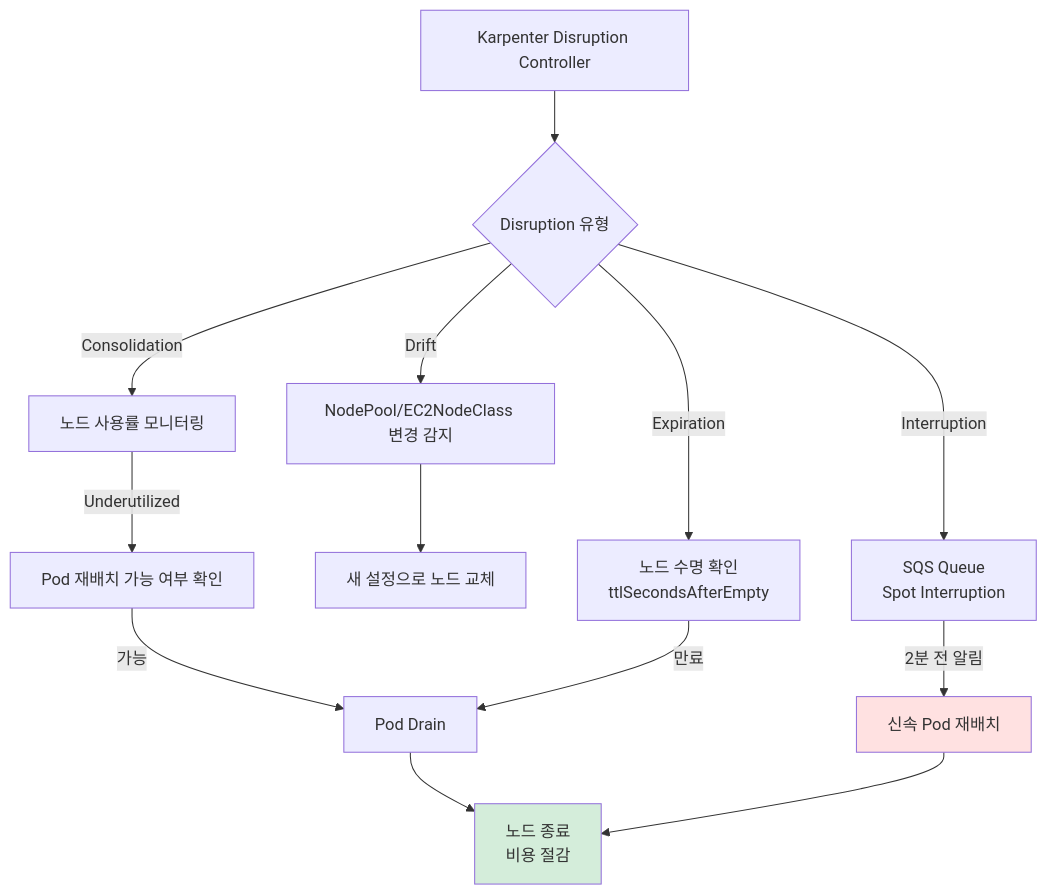
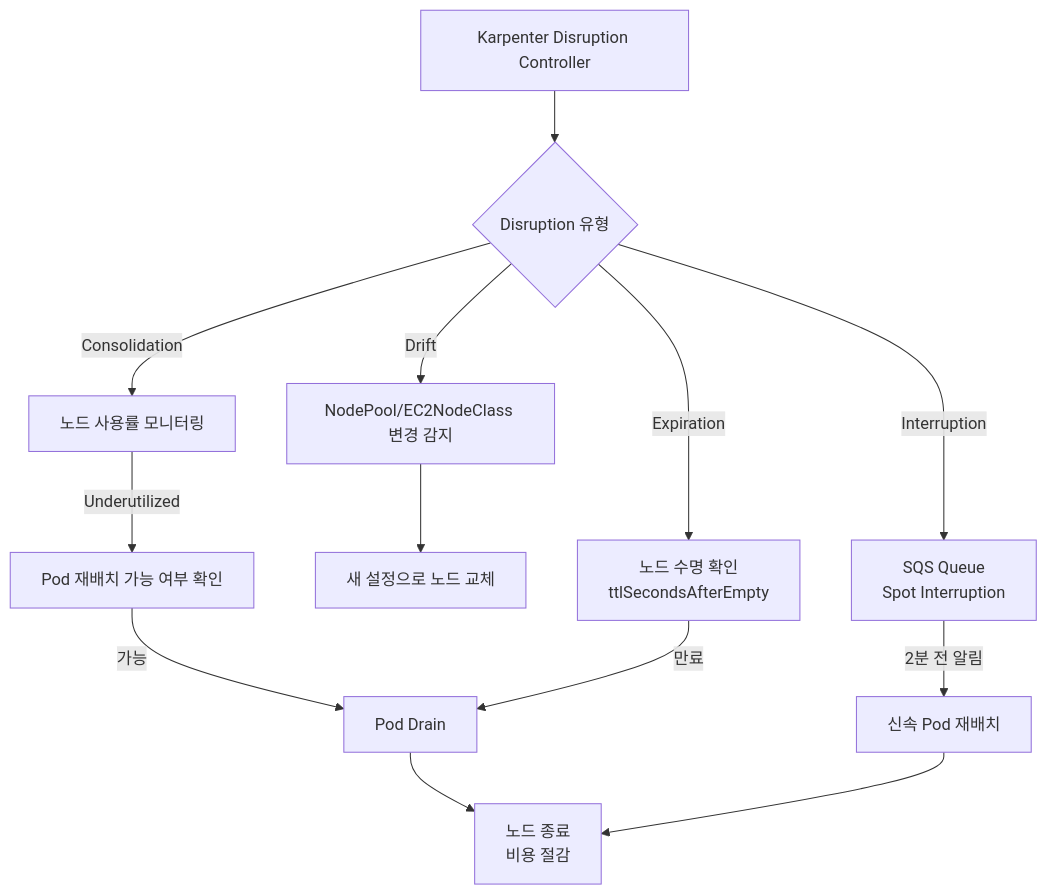
The fifth of 7 diagrams in docs/eks/week3-scaling.md (juwon8891/juwon8891.github.io), drawn with Mermaid before and after one commit. The commit also changed other lines of this file and 18 other files, not shown here.

Commit message:
Remove bright colors from Mermaid diagrams for dark mode compatibility

````diff
--- a/docs/eks/week3-scaling.md
+++ b/docs/eks/week3-scaling.md
@@ -393,22 +383,20 @@
 ```mermaid
 graph TD
     A[Karpenter Disruption Controller] --> B{Disruption 유형}
 
     B -->|Consolidation| C[노드 사용률 모니터링]
     C -->|Underutilized| D[Pod 재배치 가능 여부 확인]
     D -->|가능| E[Pod Drain]
     E --> F[노드 종료<br/>비용 절감]
 
     B -->|Drift| G[NodePool/EC2NodeClass 변경 감지]
     G --> H[새 설정으로 노드 교체]
 
     B -->|Expiration| I[노드 수명 확인<br/>ttlSecondsAfterEmpty]
     I -->|만료| E
 
     B -->|Interruption| J[SQS Queue<br/>Spot Interruption]
     J -->|2분 전 알림| K[신속 Pod 재배치]
     K --> F
 
-    style F fill:#d4edda
-    style K fill:#ffe1e1
 ```
````
